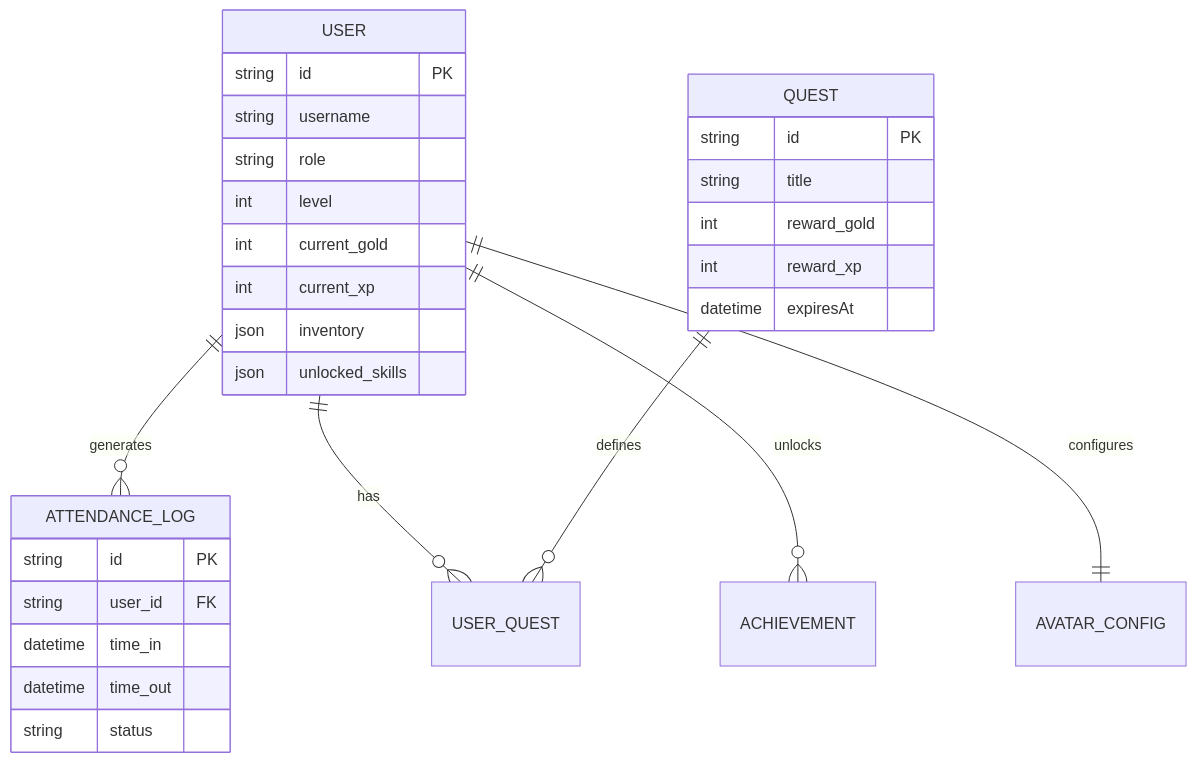
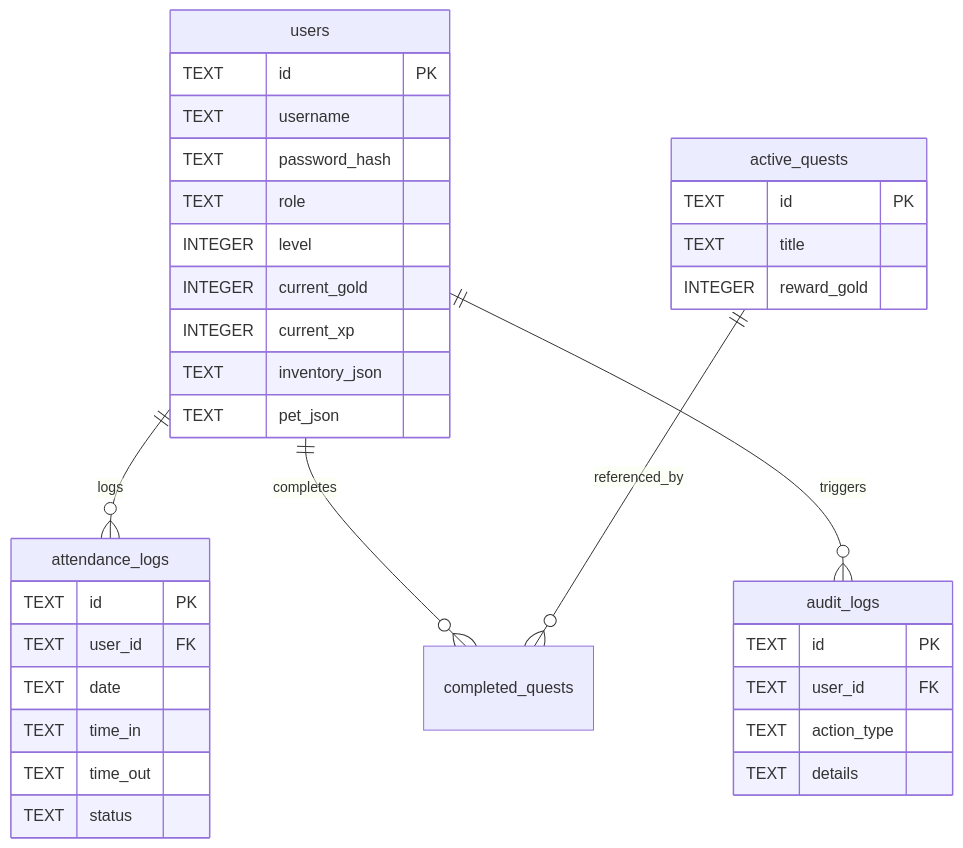
The second of 2 diagrams in docs/06_Software_Model_Design.md (Golgrax/gOwOrk), drawn with Mermaid before and after one commit. The commit also changed other lines of this file and 5 other files, not shown here.

First line of the commit message:
feat: Implement full-stack architecture with Node.js backend

````diff
--- a/docs/06_Software_Model_Design.md
+++ b/docs/06_Software_Model_Design.md
@@ -40,35 +45,41 @@
 ```mermaid
 erDiagram
-    USER ||--o{ ATTENDANCE_LOG : "generates"
-    USER ||--o{ USER_QUEST : "has"
-    USER ||--o{ ACHIEVEMENT : "unlocks"
-    USER ||--|| AVATAR_CONFIG : "configures"
-    QUEST ||--o{ USER_QUEST : "defines"
+    users ||--o{ attendance_logs : "logs"
+    users ||--o{ completed_quests : "completes"
+    users ||--o{ audit_logs : "triggers"
+    active_quests ||--o{ completed_quests : "referenced_by"
     
-    USER {
-        string id PK
-        string username
-        string role
-        int level
-        int current_gold
-        int current_xp
-        json inventory
-        json unlocked_skills
+    users {
+        TEXT id PK
+        TEXT username
+        TEXT password_hash
+        TEXT role
+        INTEGER level
+        INTEGER current_gold
+        INTEGER current_xp
+        TEXT inventory_json
+        TEXT pet_json
     }
 
-    ATTENDANCE_LOG {
-        string id PK
-        string user_id FK
-        datetime time_in
-        datetime time_out
-        string status
+    attendance_logs {
+        TEXT id PK
+        TEXT user_id FK
+        TEXT date
+        TEXT time_in
+        TEXT time_out
+        TEXT status
     }
 
-    QUEST {
-        string id PK
-        string title
-        int reward_gold
-        int reward_xp
-        datetime expiresAt
+    active_quests {
+        TEXT id PK
+        TEXT title
+        INTEGER reward_gold
+    }
+
+    audit_logs {
+        TEXT id PK
+        TEXT user_id FK
+        TEXT action_type
+        TEXT details
     }
 ```
````
